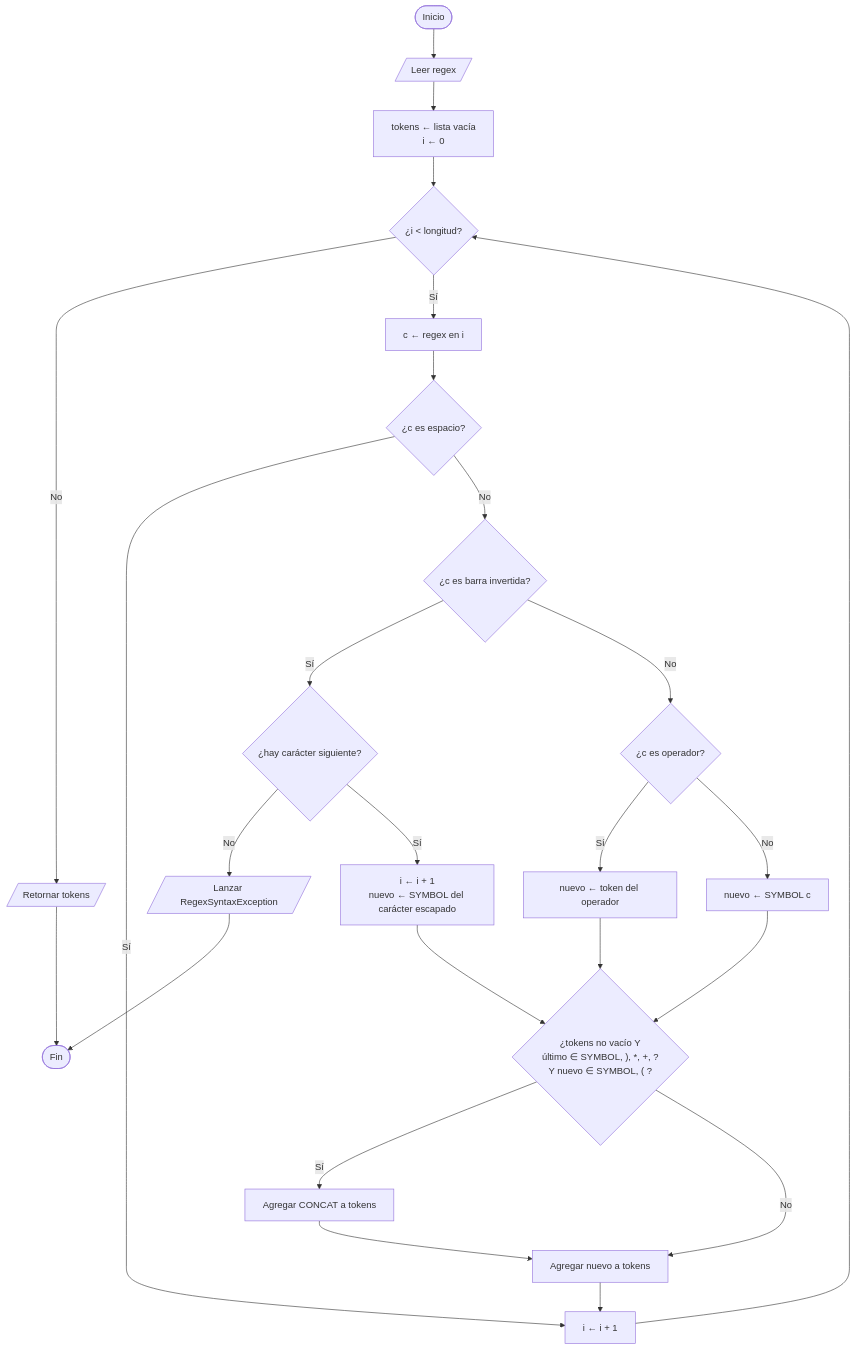
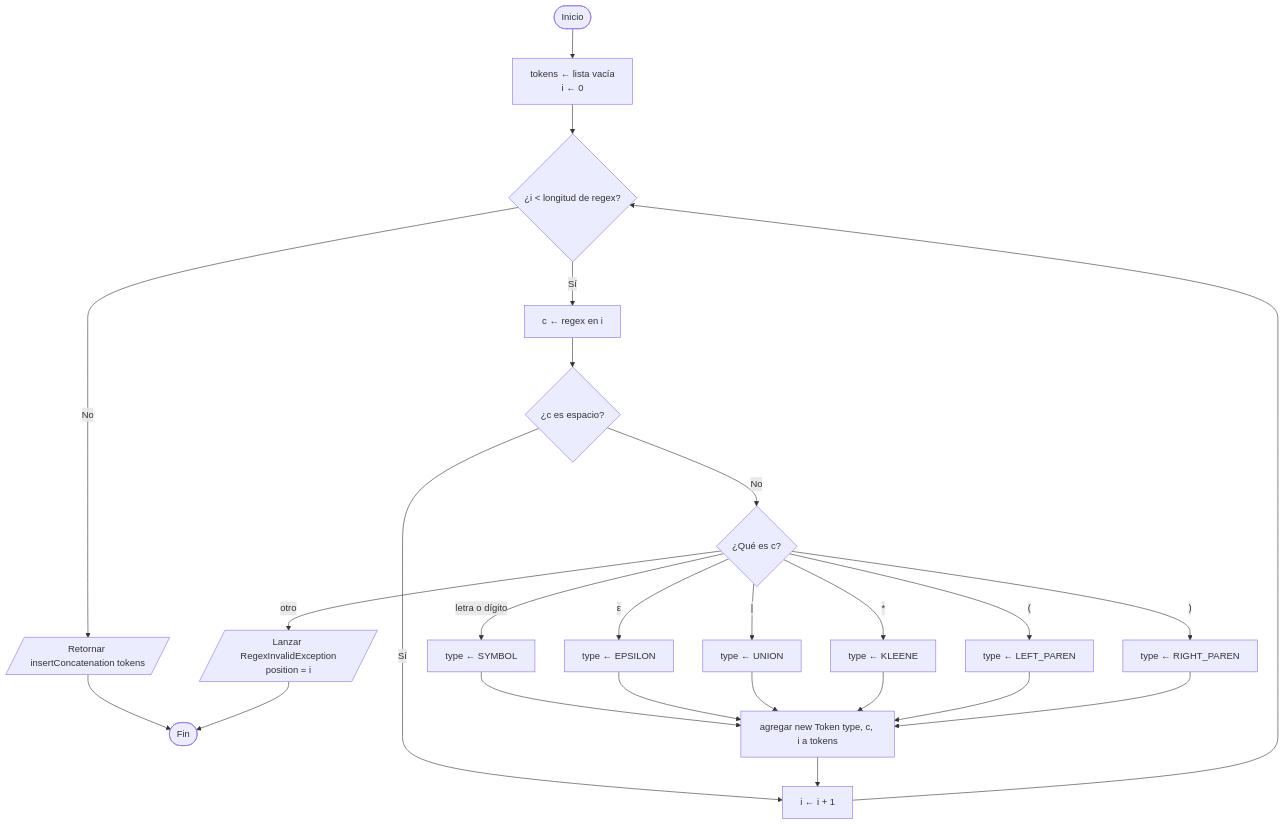
Before and after one commit to Leosanlo30/RegEx-to-DFA-Visualizer: the first of 2 diagrams in docs/diagramas/01-lexer.md, drawn with Mermaid. The commit also changed other lines of this file and 10 other files, not shown here.

Commit message:
docs: alinear diagramas de flujo con UML.md y REQUIREMENTS.md

````diff
--- a/docs/diagramas/01-lexer.md
+++ b/docs/diagramas/01-lexer.md
@@ -8,28 +17,27 @@
 ```mermaid
 flowchart TD
-    A([Inicio]) --> B[/Leer regex/]
-    B --> C[tokens ← lista vacía<br/>i ← 0]
-    C --> D{¿i < longitud?}
-    D -- No --> Z[/Retornar tokens/]
-    Z --> FIN([Fin])
-    D -- Sí --> E[c ← regex en i]
-    E --> F{¿c es espacio?}
-    F -- Sí --> N[i ← i + 1]
-    F -- No --> G{¿c es barra invertida?}
-    G -- Sí --> G1{¿hay carácter siguiente?}
-    G1 -- No --> ERR[/Lanzar RegexSyntaxException/]
-    ERR --> FIN
-    G1 -- Sí --> G2[i ← i + 1<br/>nuevo ← SYMBOL del carácter escapado]
-    G -- No --> H{¿c es operador?}
-    H -- Sí --> H1[nuevo ← token del operador]
-    H -- No --> H2[nuevo ← SYMBOL c]
-    G2 --> I
-    H1 --> I
-    H2 --> I
-    I{"¿tokens no vacío Y<br/>último ∈ SYMBOL, ), *, +, ?<br/>Y nuevo ∈ SYMBOL, ( ?"}
-    I -- Sí --> J[Agregar CONCAT a tokens]
-    I -- No --> K
-    J --> K[Agregar nuevo a tokens]
-    K --> N
-    N --> D
+    A([Inicio]) --> B[tokens ← lista vacía<br/>i ← 0]
+    B --> C{¿i < longitud de regex?}
+    C -- No --> R[/Retornar insertConcatenation tokens/]
+    R --> Z([Fin])
+    C -- Sí --> D[c ← regex en i]
+    D --> E{¿c es espacio?}
+    E -- Sí --> N[i ← i + 1]
+    E -- No --> F{¿Qué es c?}
+    F -- letra o dígito --> G1[type ← SYMBOL]
+    F -- ε --> G2[type ← EPSILON]
+    F -- "|" --> G3[type ← UNION]
+    F -- "*" --> G4[type ← KLEENE]
+    F -- "(" --> G5[type ← LEFT_PAREN]
+    F -- ")" --> G6[type ← RIGHT_PAREN]
+    F -- otro --> ERR[/Lanzar RegexInvalidException<br/>position = i/]
+    ERR --> Z
+    G1 --> H
+    G2 --> H
+    G3 --> H
+    G4 --> H
+    G5 --> H
+    G6 --> H
+    H[agregar new Token type, c, i a tokens] --> N
+    N --> C
 ```
````
